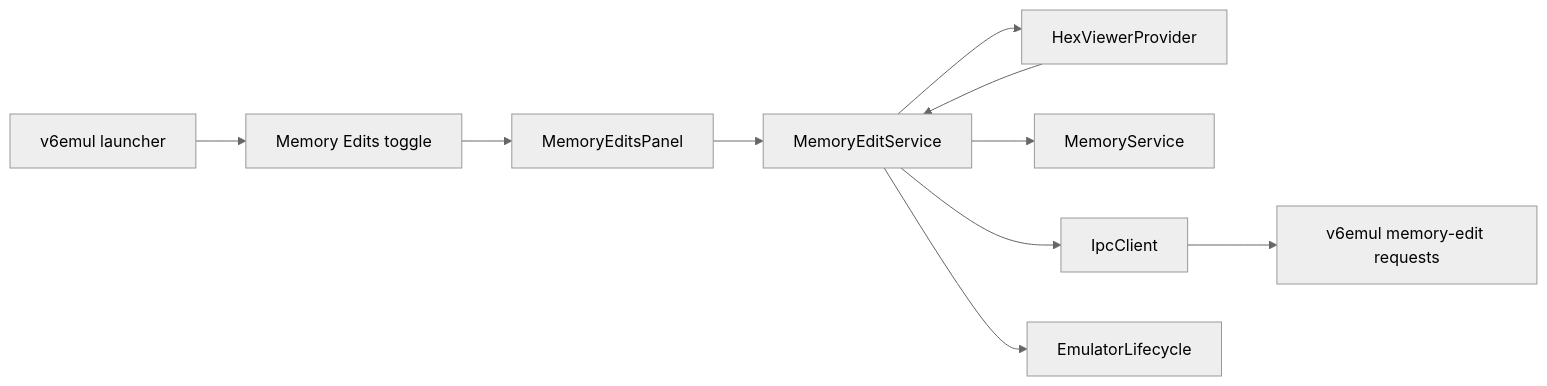
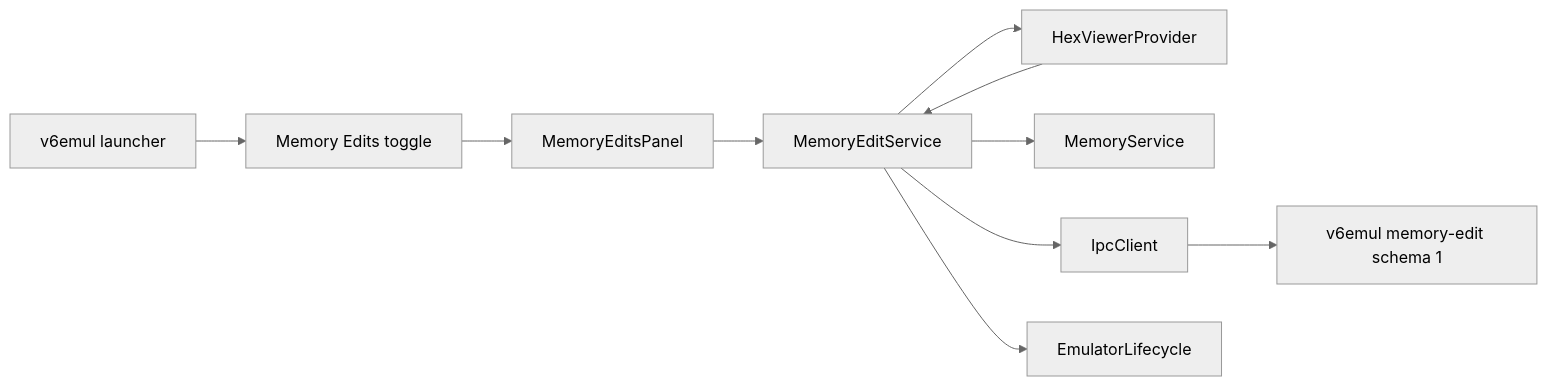
Before and after one commit to parallelno/v6vscode: the diagram in design/features/memory-edits-panel-plan.md, drawn with Mermaid (neutral theme). The commit also changed other lines of this file, not shown here.

Commit message:
feat: Enhance Memory Edits panel with auto-update functionality and improved server interaction

````diff
--- a/design/features/memory-edits-panel-plan.md
+++ b/design/features/memory-edits-panel-plan.md
@@ -202,12 +212,12 @@
 ```mermaid
 flowchart LR
     Launcher[v6emul launcher] --> Toggle[Memory Edits toggle]
     Toggle --> Panel[MemoryEditsPanel]
     Hex[HexViewerProvider] --> Service[MemoryEditService]
     Panel --> Service
     Service --> Memory[MemoryService]
     Service --> Client[IpcClient]
     Service --> Lifecycle[EmulatorLifecycle]
     Service --> Hex
-    Client --> Emulator[v6emul memory-edit requests]
+    Client --> Emulator[v6emul memory-edit schema 1]
 ```
````
